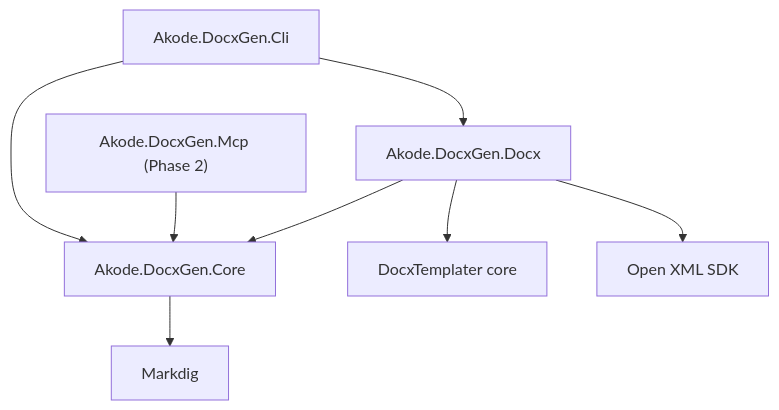
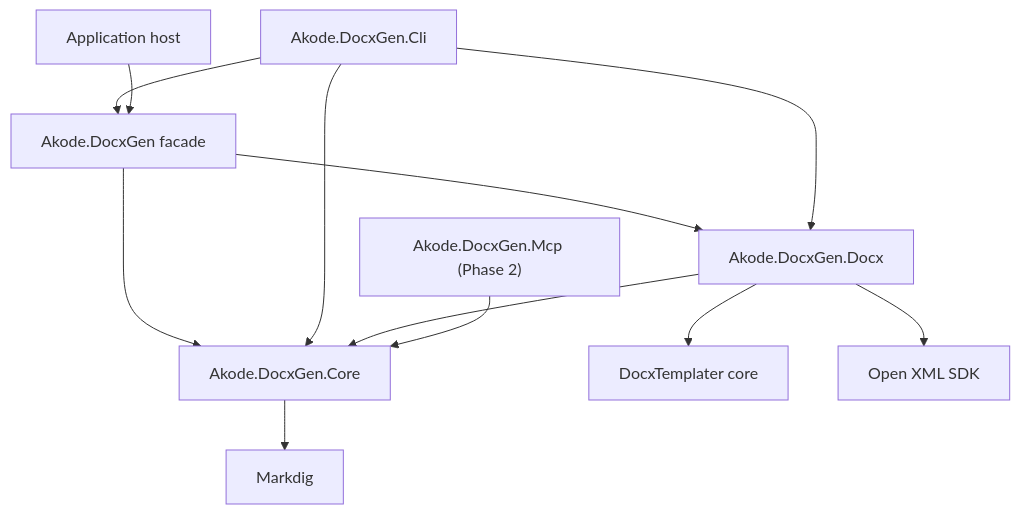
One commit to akode-dev/docxgen changed the second of 5 diagrams in docs/architecture.md. Above: the diagram before and after it, drawn with Mermaid. The commit also changed other lines of this file and 63 other files, not shown here.

Commit message:
Prepare DocxGen 2.0 open-source release

````diff
--- a/docs/architecture.md
+++ b/docs/architecture.md
@@ -25,10 +29,14 @@
 ```mermaid
 flowchart TD
-    CLI["Akode.DocxGen.Cli"] --> Core["Akode.DocxGen.Core"]
+    CLI["Akode.DocxGen.Cli"] --> Factory["Akode.DocxGen facade"]
+    Host["Application host"] --> Factory
+    Factory --> Core["Akode.DocxGen.Core"]
+    Factory --> Docx["Akode.DocxGen.Docx"]
+    CLI --> Core
     CLI --> Docx["Akode.DocxGen.Docx"]
     Docx --> Core
     Mcp["Akode.DocxGen.Mcp (Phase 2)"] --> Core
     Docx --> DXT["DocxTemplater core"]
     Docx --> OX["Open XML SDK"]
     Core --> Markdig["Markdig"]
 ```
````
